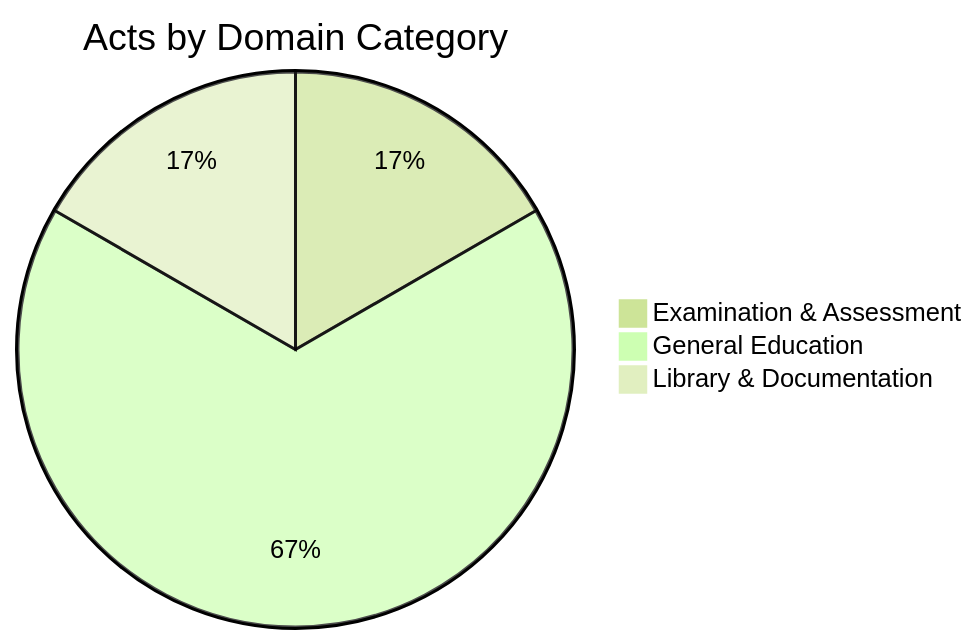
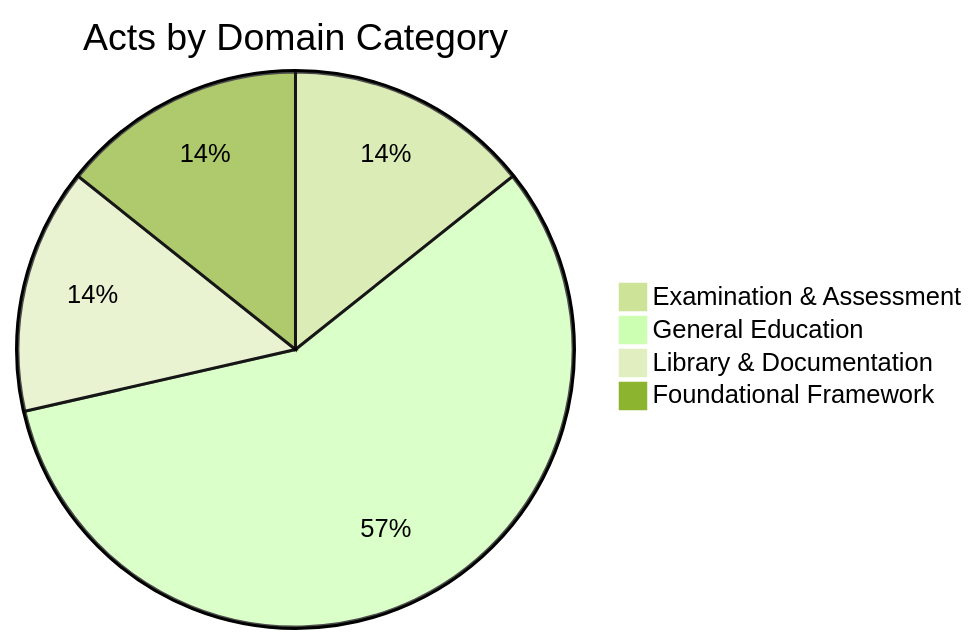
One commit to LDFLK/research changed the diagram in docs/docs/ministry-deep-dive/education/education-ministry.mdx. Above: the diagram before and after it, drawn with Mermaid (forest theme). The commit also changed other lines of this file and 10 other files, not shown here.

````diff
--- a/docs/docs/ministry-deep-dive/education/education-ministry.mdx
+++ b/docs/docs/ministry-deep-dive/education/education-ministry.mdx
@@ -19,6 +19,7 @@
 ```mermaid
 pie title Acts by Domain Category
     "Examination & Assessment" : 1
     "General Education" : 4
     "Library & Documentation" : 1
+    "Foundational Framework" : 1
 ```
````
